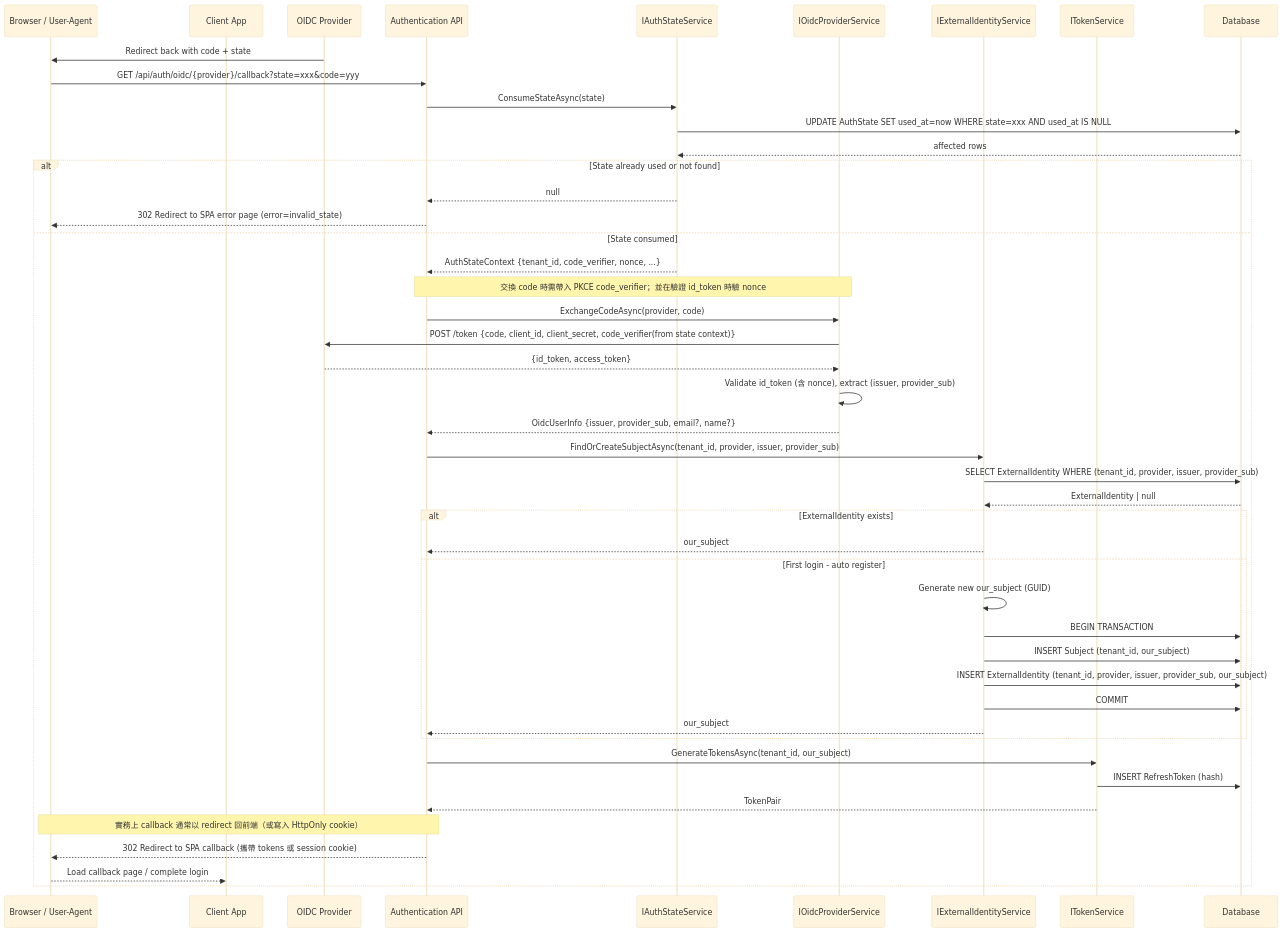
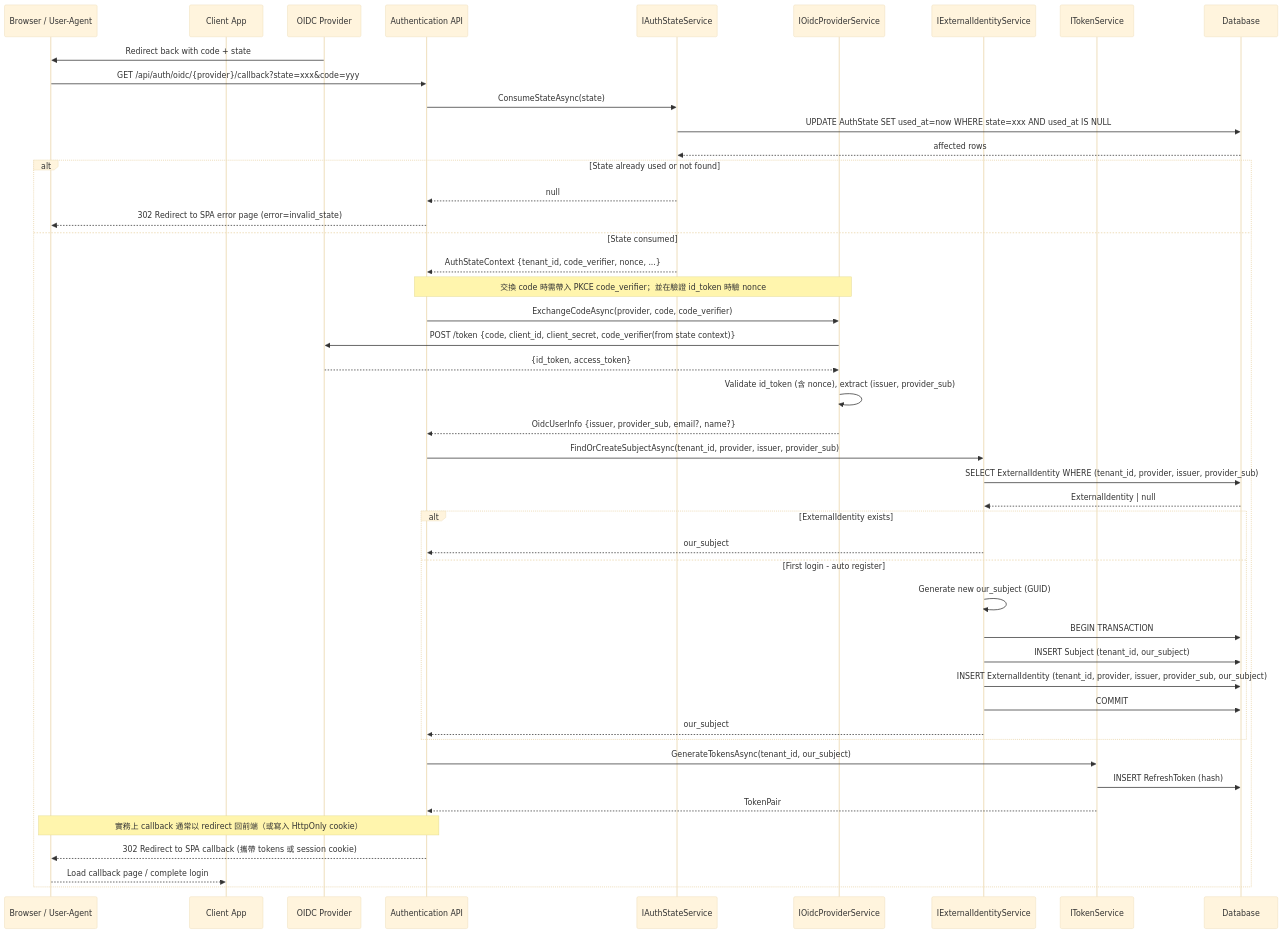
One commit to Bird73/Service changed the fourth of 12 diagrams in docs/SequenceDiagrams.md. Above: the diagram before and after it, drawn with Mermaid (base theme). The commit also changed other lines of this file and 5 other files, not shown here.

Commit message:
Align OIDC code_verifier param, formalize AuthState rules, and scope revoke by claims

````diff
--- a/docs/SequenceDiagrams.md
+++ b/docs/SequenceDiagrams.md
@@ -108,53 +108,53 @@
 ```mermaid
 sequenceDiagram
     participant B as Browser / User-Agent
     participant SPA as Client App
     participant P as OIDC Provider
     participant API as Authentication API
     participant SS as IAuthStateService
     participant PS as IOidcProviderService
     participant ES as IExternalIdentityService
     participant TS as ITokenService
     participant DB as Database
 
     P->>B: Redirect back with code + state
     B->>API: GET /api/auth/oidc/{provider}/callback?state=xxx&code=yyy
     API->>SS: ConsumeStateAsync(state)
     SS->>DB: UPDATE AuthState SET used_at=now WHERE state=xxx AND used_at IS NULL
     DB-->>SS: affected rows
 
     alt State already used or not found
         SS-->>API: null
         API-->>B: 302 Redirect to SPA error page (error=invalid_state)
     else State consumed
         SS-->>API: AuthStateContext {tenant_id, code_verifier, nonce, ...}
         note over API,PS: 交換 code 時需帶入 PKCE code_verifier；並在驗證 id_token 時驗 nonce
-        API->>PS: ExchangeCodeAsync(provider, code)
+        API->>PS: ExchangeCodeAsync(provider, code, code_verifier)
         PS->>P: POST /token {code, client_id, client_secret, code_verifier(from state context)}
         P-->>PS: {id_token, access_token}
         PS->>PS: Validate id_token (含 nonce), extract (issuer, provider_sub)
         PS-->>API: OidcUserInfo {issuer, provider_sub, email?, name?}
 
         API->>ES: FindOrCreateSubjectAsync(tenant_id, provider, issuer, provider_sub)
         ES->>DB: SELECT ExternalIdentity WHERE (tenant_id, provider, issuer, provider_sub)
         DB-->>ES: ExternalIdentity | null
 
         alt ExternalIdentity exists
             ES-->>API: our_subject
         else First login - auto register
             ES->>ES: Generate new our_subject (GUID)
             ES->>DB: BEGIN TRANSACTION
             ES->>DB: INSERT Subject (tenant_id, our_subject)
             ES->>DB: INSERT ExternalIdentity (tenant_id, provider, issuer, provider_sub, our_subject)
             ES->>DB: COMMIT
             ES-->>API: our_subject
         end
 
         API->>TS: GenerateTokensAsync(tenant_id, our_subject)
         TS->>DB: INSERT RefreshToken (hash)
         TS-->>API: TokenPair
         note over API,B: 實務上 callback 通常以 redirect 回前端（或寫入 HttpOnly cookie）
         API-->>B: 302 Redirect to SPA callback (攜帶 tokens 或 session cookie)
         B-->>SPA: Load callback page / complete login
     end
 ```
````
